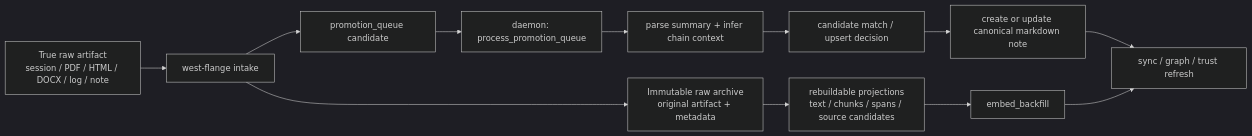
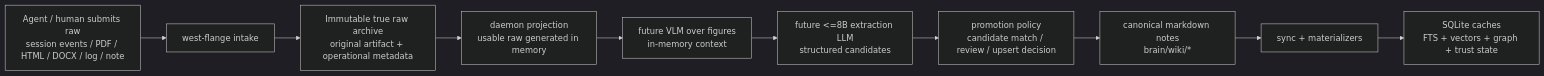
One commit to Jianyu010/MnemonicOS changed the third of 5 diagrams in README.md. Above: the diagram before and after it, drawn with Mermaid (dark theme). The commit also changed other lines of this file and 1 other file, not shown here.

Commit message:
Clarify bridge capture and raw intake architecture

````diff
--- a/README.md
+++ b/README.md
@@ -62,14 +64,12 @@
 ```mermaid
 flowchart LR
-    A["True raw artifact<br/>session / PDF / HTML / DOCX / log / note"] --> B["west-flange intake"]
-    B --> C["Immutable raw archive<br/>original artifact + metadata"]
-    C --> K["rebuildable projections<br/>text / chunks / spans / source candidates"]
-    B --> D["promotion_queue candidate"]
-    D --> E["daemon: process_promotion_queue"]
-    E --> F["parse summary + infer chain context"]
-    F --> G["candidate match / upsert decision"]
-    G --> H["create or update canonical markdown note"]
-    K --> I["embed_backfill"]
-    H --> J["sync / graph / trust refresh"]
-    I --> J
+    A["Agent / human submits raw<br/>session events / PDF / HTML / DOCX / log / note"] --> B["west-flange intake"]
+    B --> C["Immutable true raw archive<br/>original artifact + operational metadata"]
+    C --> D["daemon projection<br/>usable raw generated in memory"]
+    D --> E["future VLM over figures<br/>in-memory context"]
+    E --> F["future <=8B extraction LLM<br/>structured candidates"]
+    F --> G["promotion policy<br/>candidate match / review / upsert decision"]
+    G --> H["canonical markdown notes<br/>brain/wiki/*"]
+    H --> I["sync + materializers"]
+    I --> J["SQLite caches<br/>FTS + vectors + graph + trust state"]
 ```
````
